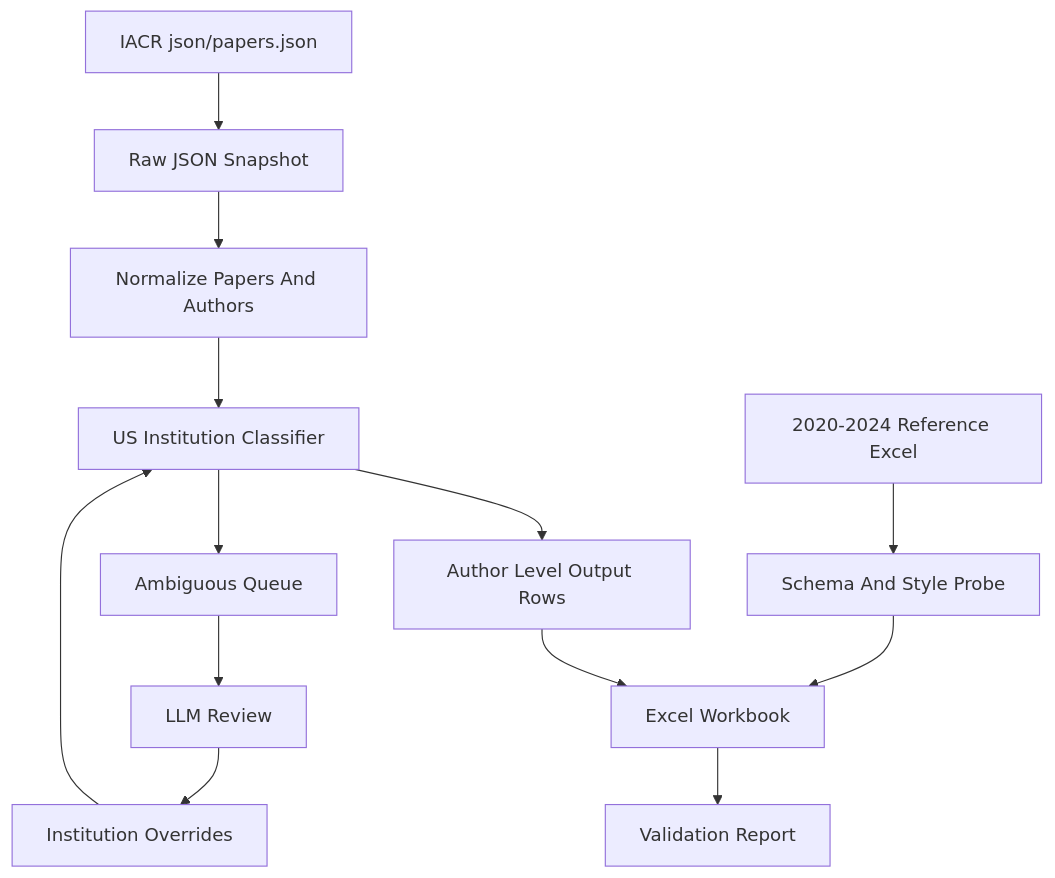
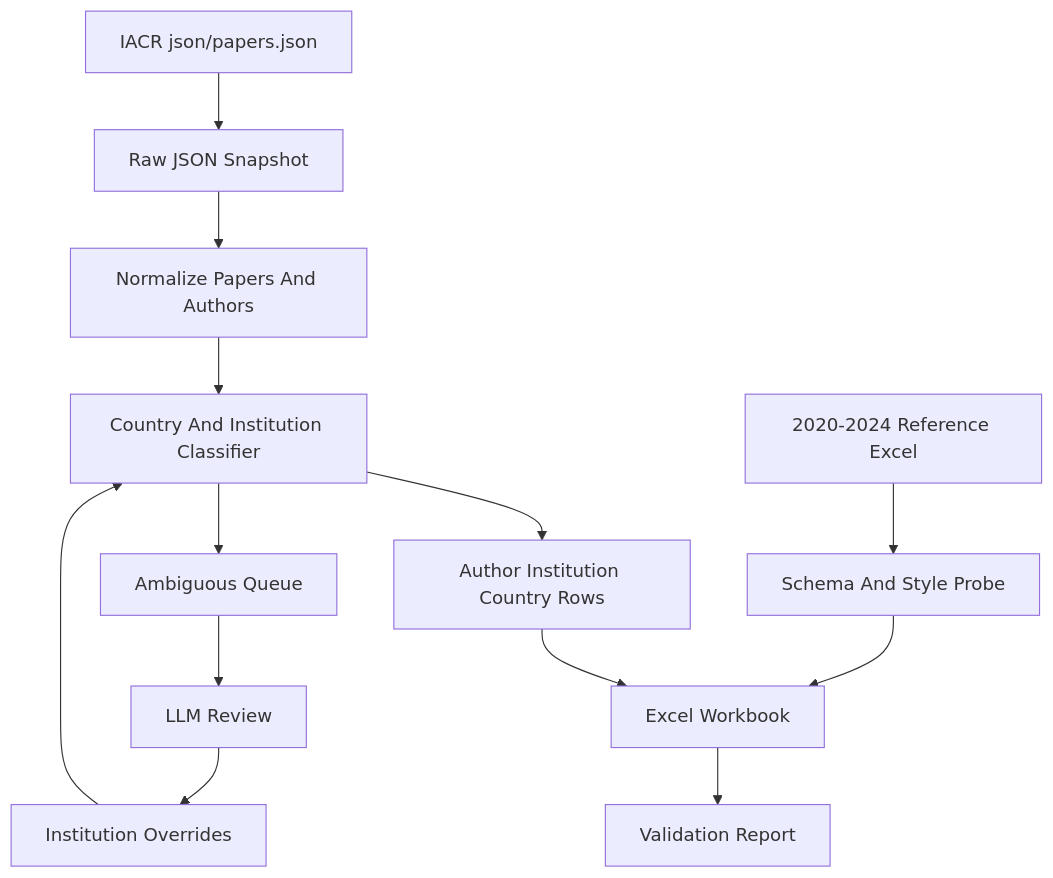
One commit to lzy1118/llm_conference_skill changed the diagram in Top3-data/Plan/top3_us_institutions_workflow.md. Above: the diagram before and after it, drawn with Mermaid. The commit also changed other lines of this file and 128 other files, not shown here.

````diff
--- a/Top3-data/Plan/top3_us_institutions_workflow.md
+++ b/Top3-data/Plan/top3_us_institutions_workflow.md
@@ -66,15 +73,15 @@
 ```mermaid
 flowchart TD
   iacrJson[IACR json/papers.json] --> rawJson[Raw JSON Snapshot]
   rawJson --> normalize[Normalize Papers And Authors]
   referenceExcel[2020-2024 Reference Excel] --> schema[Schema And Style Probe]
-  normalize --> classify[US Institution Classifier]
+  normalize --> classify[Country And Institution Classifier]
   overrides[Institution Overrides] --> classify
   classify --> queue[Ambiguous Queue]
   queue --> llmReview[LLM Review]
   llmReview --> overrides
-  classify --> outputRows[Author Level Output Rows]
+  classify --> outputRows[Author Institution Country Rows]
   schema --> workbook[Excel Workbook]
   outputRows --> workbook
   workbook --> validate[Validation Report]
 ```
````
